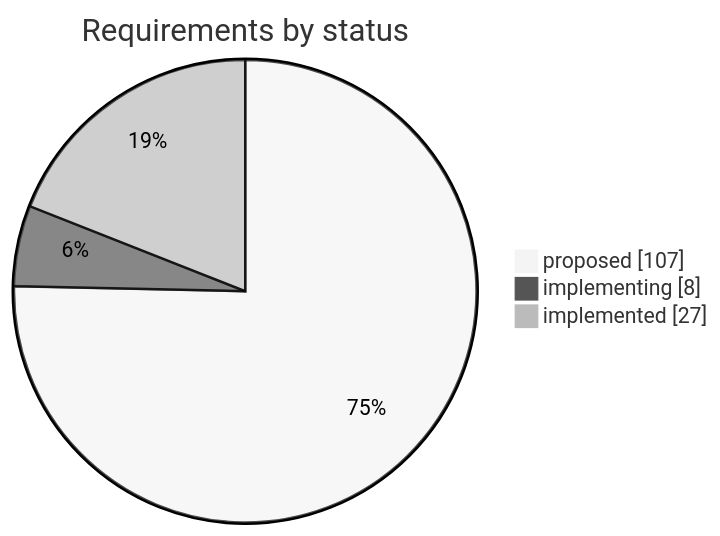
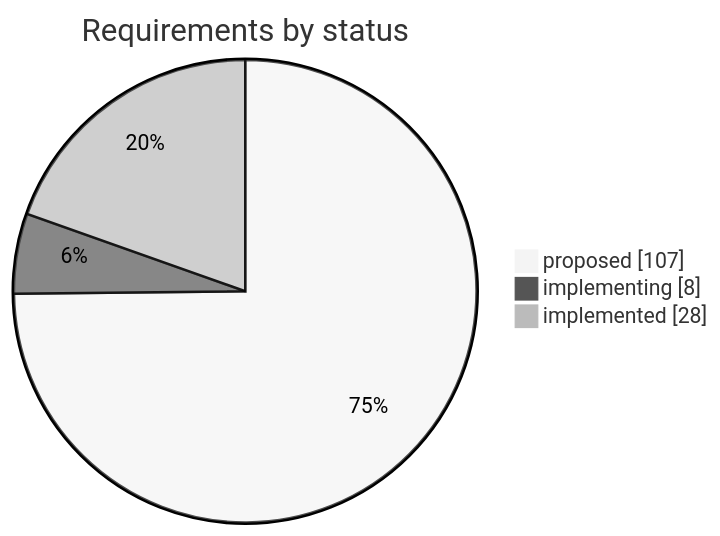
The first of 2 diagrams in STATUS.md (iammaxsu/automatic-testing-architecture), drawn with Mermaid (neutral theme) before and after one commit. The commit also changed other lines of this file and 6 other files, not shown here.

````diff
--- a/STATUS.md
+++ b/STATUS.md
@@ -25,6 +25,6 @@
 ```mermaid
 pie showData title Requirements by status
     "proposed" : 107
     "implementing" : 8
-    "implemented" : 27
+    "implemented" : 28
 ```
````
